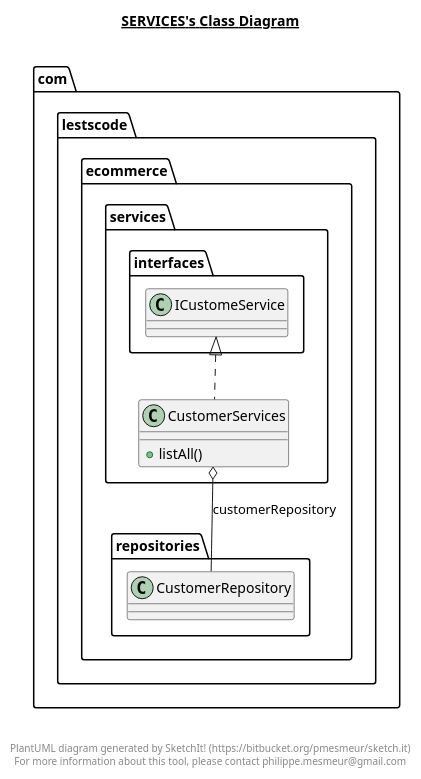
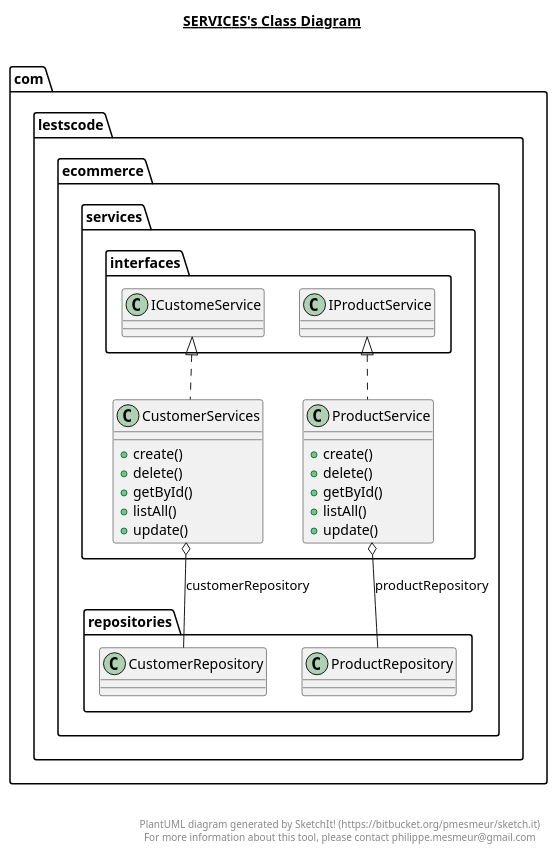
One commit to heyder48/ecommerce changed the diagram in src/main/java/com/lestscode/ecommerce/services/services.plantuml. Above: the diagram before and after it, drawn with PlantUML. The commit also changed 18 other files, not shown here.

```diff
--- a/src/main/java/com/lestscode/ecommerce/services/services.plantuml
+++ b/src/main/java/com/lestscode/ecommerce/services/services.plantuml
@@ -1,25 +1,44 @@
 @startuml
 
 title __SERVICES's Class Diagram__\n
 
   namespace com.lestscode.ecommerce {
     namespace services {
       class com.lestscode.ecommerce.services.CustomerServices {
+          + create()
+          + delete()
+          + getById()
           + listAll()
+          + update()
+      }
+    }
+  }
+  
+
+  namespace com.lestscode.ecommerce {
+    namespace services {
+      class com.lestscode.ecommerce.services.ProductService {
+          + create()
+          + delete()
+          + getById()
+          + listAll()
+          + update()
       }
     }
   }
   
 
   com.lestscode.ecommerce.services.CustomerServices .up.|> com.lestscode.ecommerce.services.interfaces.ICustomeService
   com.lestscode.ecommerce.services.CustomerServices o-- com.lestscode.ecommerce.repositories.CustomerRepository : customerRepository
+  com.lestscode.ecommerce.services.ProductService .up.|> com.lestscode.ecommerce.services.interfaces.IProductService
+  com.lestscode.ecommerce.services.ProductService o-- com.lestscode.ecommerce.repositories.ProductRepository : productRepository
 
 
 right footer
 
 
 PlantUML diagram generated by SketchIt! (https://bitbucket.org/pmesmeur/sketch.it)
 For more information about this tool, please contact philippe.mesmeur@gmail.com
 endfooter
 
 @enduml
```
